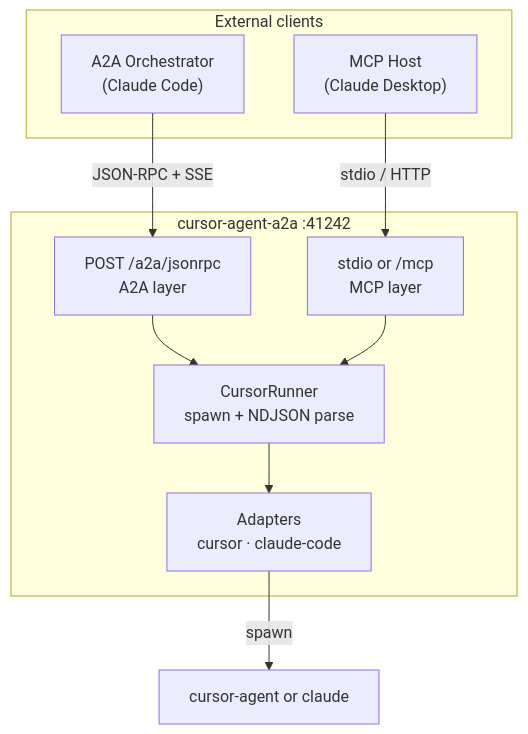
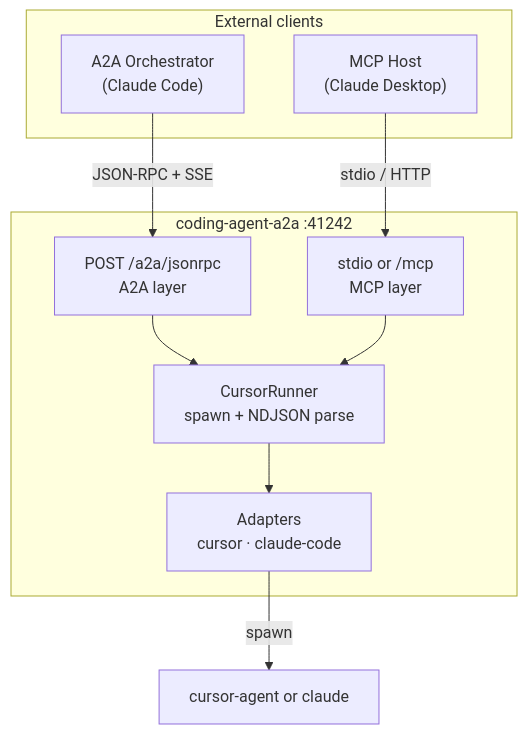
Before and after one commit to casabre/coding-agent-a2a: the diagram in README.md, drawn with Mermaid. The commit also changed other lines of this file and 8 other files, not shown here.

First line of the commit message:
docs: rename project from cursor-agent-a2a to coding-agent-a2a

````diff
--- a/README.md
+++ b/README.md
@@ -58,23 +58,23 @@
 ```mermaid
 graph TB
     subgraph Clients["External clients"]
         MCPHost["MCP Host\n(Claude Desktop)"]
         A2AClient["A2A Orchestrator\n(Claude Code)"]
     end
 
-    subgraph Server["cursor-agent-a2a  :41242"]
+    subgraph Server["coding-agent-a2a  :41242"]
         A2ARoute["POST /a2a/jsonrpc\nA2A layer"]
         MCPRoute["stdio or /mcp\nMCP layer"]
         Runner["CursorRunner\nspawn + NDJSON parse"]
         Adapters["Adapters\ncursor  ·  claude-code"]
     end
 
     CLI["cursor-agent  or  claude"]
 
     MCPHost   -->|"stdio / HTTP"| MCPRoute
     A2AClient -->|"JSON-RPC + SSE"| A2ARoute
     A2ARoute  --> Runner
     MCPRoute  --> Runner
     Runner    --> Adapters
     Adapters  -->|spawn| CLI
 ```
````
